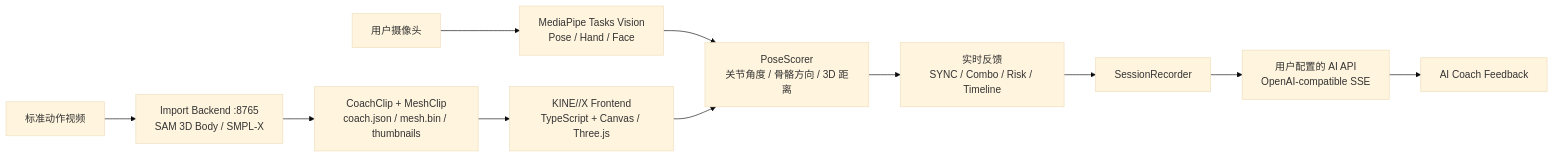
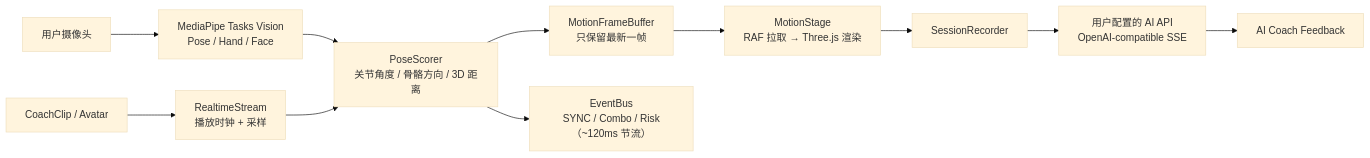
One commit to The0xKa1/KINE-X changed the second of 2 diagrams in README.md. Above: the diagram before and after it, drawn with Mermaid (base theme). The commit also changed other lines of this file and 1 other file, not shown here.

````diff
--- a/README.md
+++ b/README.md
@@ -38,13 +57,13 @@
 ```mermaid
 flowchart LR
-  A["标准动作视频"] --> B["Import Backend :8765<br/>SAM 3D Body / SMPL-X"]
-  B --> C["CoachClip + MeshClip<br/>coach.json / mesh.bin / thumbnails"]
-  C --> D["KINE//X Frontend<br/>TypeScript + Canvas / Three.js"]
-  E["用户摄像头"] --> F["MediaPipe Tasks Vision<br/>Pose / Hand / Face"]
-  F --> G["PoseScorer<br/>关节角度 / 骨骼方向 / 3D 距离"]
-  D --> G
-  G --> H["实时反馈<br/>SYNC / Combo / Risk / Timeline"]
-  H --> I["SessionRecorder"]
-  I --> J["用户配置的 AI API<br/>OpenAI-compatible SSE"]
-  J --> K["AI Coach Feedback"]
+  CLIP["CoachClip / Avatar"] --> RS["RealtimeStream<br/>播放时钟 + 采样"]
+  CAM["用户摄像头"] --> MP["MediaPipe Tasks Vision<br/>Pose / Hand / Face"]
+  MP --> SC["PoseScorer<br/>关节角度 / 骨骼方向 / 3D 距离"]
+  RS --> SC
+  SC --> FB["MotionFrameBuffer<br/>只保留最新一帧"]
+  FB --> STAGE["MotionStage<br/>RAF 拉取 → Three.js 渲染"]
+  SC --> UI["EventBus<br/>SYNC / Combo / Risk（~120ms 节流）"]
+  STAGE --> REC["SessionRecorder"]
+  REC --> LLM["用户配置的 AI API<br/>OpenAI-compatible SSE"]
+  LLM --> FBK["AI Coach Feedback"]
 ```
````
